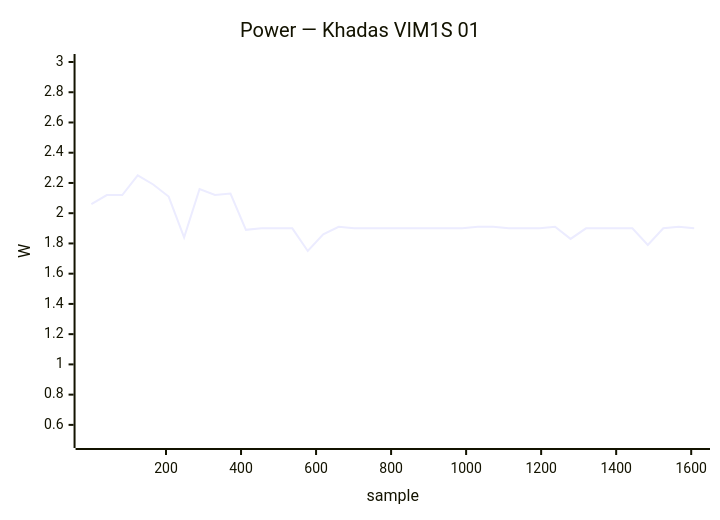
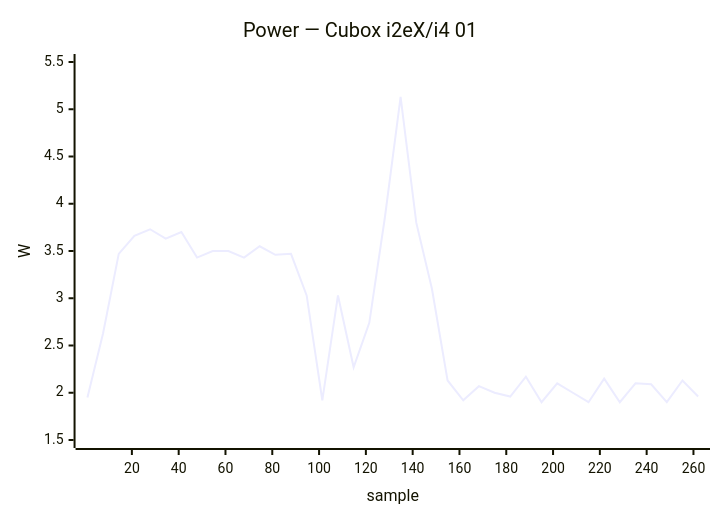
Before and after one commit to armbian/documentation: the first of 34 diagrams in docs/status/board-tests.md, drawn with Mermaid. The commit also changed other lines of this file, not shown here.

````diff
--- a/docs/status/board-tests.md
+++ b/docs/status/board-tests.md
@@ -83,7 +68,7 @@
 ```mermaid
 xychart-beta
-    title "Power — Khadas VIM1S 01"
-    x-axis "sample" 1 --> 1608
-    y-axis "W" 0.5 --> 3.0
-    line [2.06, 2.12, 2.12, 2.25, 2.19, 2.11, 1.84, 2.16, 2.12, 2.13, 1.89, 1.90, 1.90, 1.90, 1.75, 1.86, 1.91, 1.90, 1.90, 1.90, 1.90, 1.90, 1.90, 1.90, 1.90, 1.91, 1.91, 1.90, 1.90, 1.90, 1.91, 1.83, 1.90, 1.90, 1.90, 1.90, 1.79, 1.90, 1.91, 1.90]
+    title "Power — Cubox i2eX/i4 01"
+    x-axis "sample" 1 --> 262
+    y-axis "W" 1.5 --> 5.5
+    line [1.95, 2.63, 3.47, 3.66, 3.73, 3.63, 3.70, 3.43, 3.50, 3.50, 3.43, 3.55, 3.46, 3.47, 3.03, 1.92, 3.03, 2.27, 2.74, 3.86, 5.13, 3.80, 3.10, 2.13, 1.92, 2.07, 2.00, 1.96, 2.17, 1.90, 2.10, 2.00, 1.90, 2.15, 1.90, 2.10, 2.09, 1.90, 2.13, 1.96]
 ```
````
